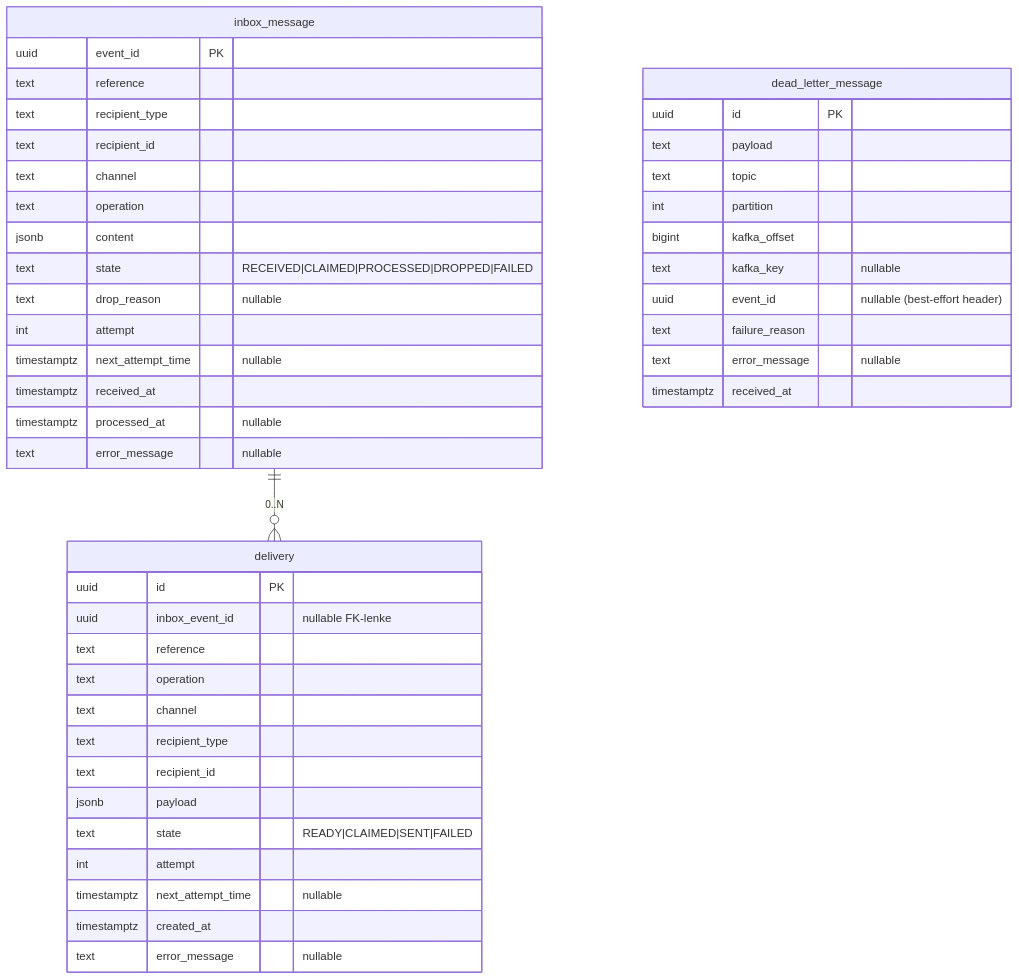
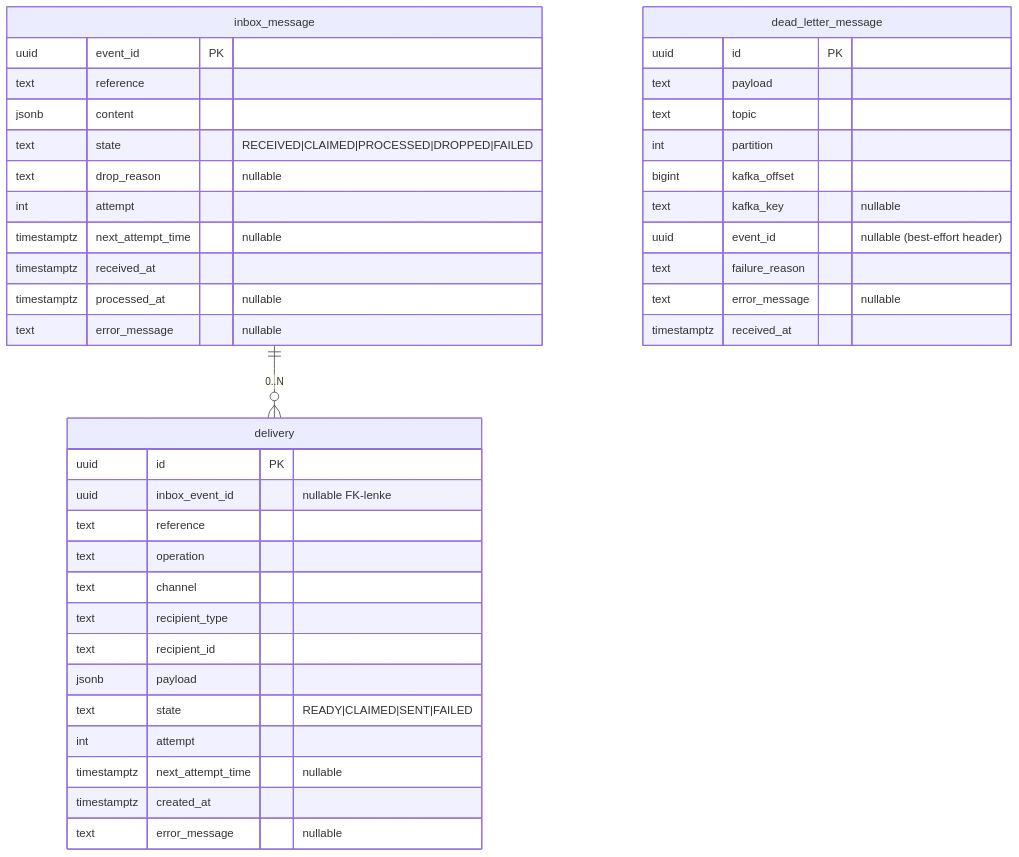
One commit to navikt/syfo-budstikka changed the diagram in docs/datamodell.md. Above: the diagram before and after it, drawn with Mermaid. The commit also changed other lines of this file and 2 other files, not shown here.

````diff
--- a/docs/datamodell.md
+++ b/docs/datamodell.md
@@ -8,50 +8,46 @@
 ```mermaid
 erDiagram
     inbox_message ||--o{ delivery : "0..N"
 
     inbox_message {
         uuid        event_id PK
         text        reference
-        text        recipient_type
-        text        recipient_id
-        text        channel
-        text        operation
         jsonb       content
         text        state "RECEIVED|CLAIMED|PROCESSED|DROPPED|FAILED"
         text        drop_reason "nullable"
         int         attempt
         timestamptz next_attempt_time "nullable"
         timestamptz received_at
         timestamptz processed_at "nullable"
         text        error_message "nullable"
     }
 
     delivery {
         uuid        id PK
         uuid        inbox_event_id "nullable FK-lenke"
         text        reference
         text        operation
         text        channel
         text        recipient_type
         text        recipient_id
         jsonb       payload
         text        state "READY|CLAIMED|SENT|FAILED"
         int         attempt
         timestamptz next_attempt_time "nullable"
         timestamptz created_at
         text        error_message "nullable"
     }
 
     dead_letter_message {
         uuid        id PK
         text        payload
         text        topic
         int         partition
         bigint      kafka_offset
         text        kafka_key "nullable"
         uuid        event_id "nullable (best-effort header)"
         text        failure_reason
         text        error_message "nullable"
         timestamptz received_at
     }
 ```
````
